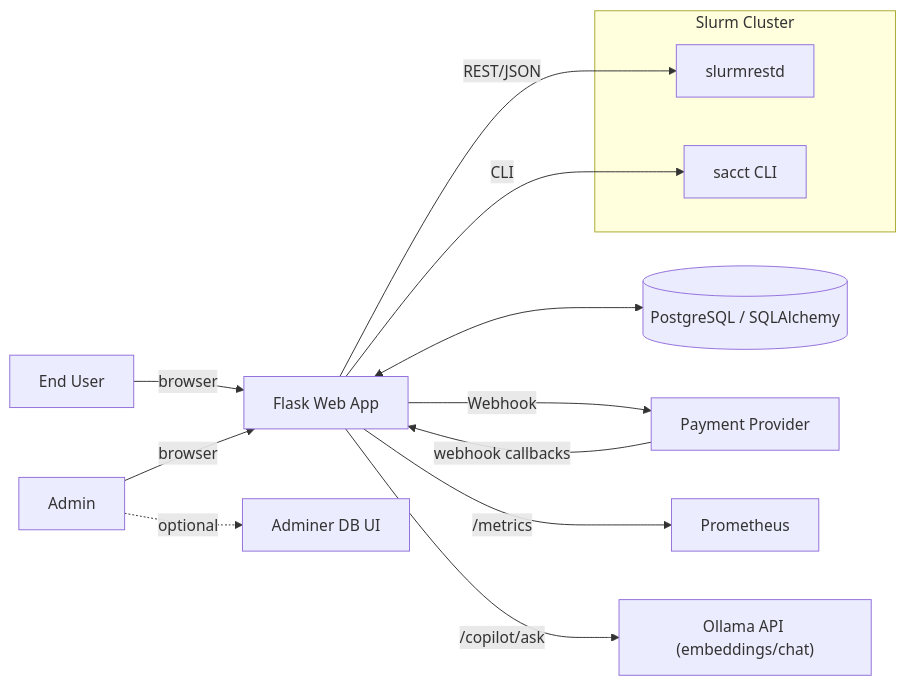
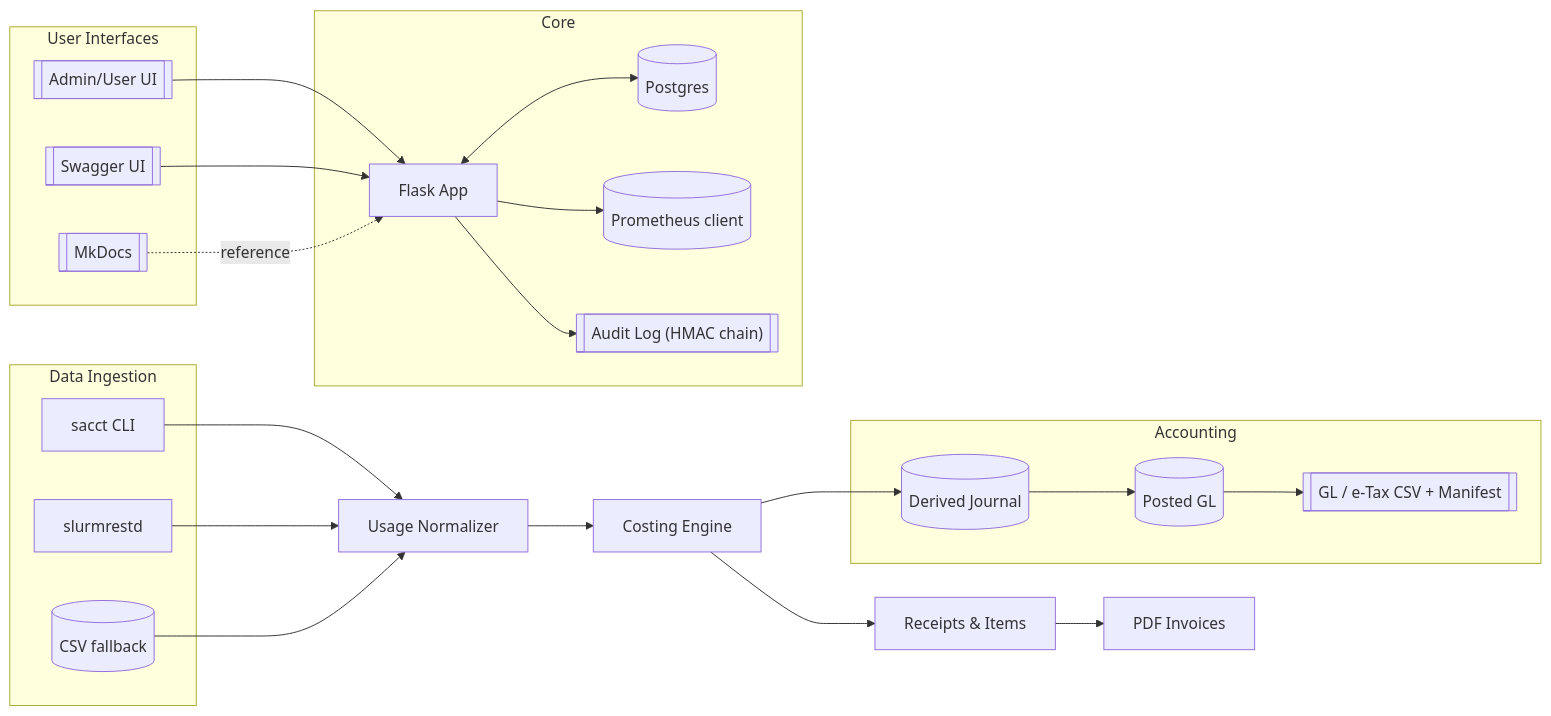
One commit to Purinat33/hpc_flask changed the first of 2 diagrams in docs/index.md. Above: the diagram before and after it, drawn with Mermaid. The commit also changed other lines of this file and 3 other files, not shown here.

````diff
--- a/docs/index.md
+++ b/docs/index.md
@@ -60,18 +66,47 @@
 ```mermaid
-graph LR
-  U[End User] -- browser --> W[Flask Web App]
-  A[Admin] -- browser --> W
-  subgraph Slurm Cluster
-    R[slurmrestd]
-    C[sacct CLI]
-  end
-  W -- REST/JSON --> R
-  W -- CLI --> C
-  W <--> DB[(PostgreSQL / SQLAlchemy)]
-  W -- Webhook --> Pay[Payment Provider]
-  Pay -- webhook callbacks --> W
-  W -- /metrics --> Prom[Prometheus]
-  A -. optional .-> Adm[Adminer DB UI]
-  W -- /copilot/ask --> Oll["Ollama API (embeddings/chat)"]
+flowchart LR
+    subgraph User Interfaces
+      Browser[[Admin/User UI]]
+      Swagger[[Swagger UI]]
+      Docs[[MkDocs]]
+    end
 
+    Browser --> App
+    Swagger --> App
+    Docs -. reference .-> App
+
+    subgraph Core
+      App[Flask App]
+      DB[(Postgres)]
+      Metrics[(Prometheus client)]
+      Audit[["Audit Log (HMAC chain)"]]
+    end
+
+    App <--> DB
+    App --> Metrics
+    App --> Audit
+
+    subgraph Data Ingestion
+      Sacct[sacct CLI]
+      REST[slurmrestd]
+      CSV[(CSV fallback)]
+    end
+
+    Sacct --> Ingest
+    REST --> Ingest
+    CSV  --> Ingest
+
+    Ingest[Usage Normalizer] --> Billing[Costing Engine]
+    Billing --> Receipts[Receipts & Items]
+    Receipts --> PDF[PDF Invoices]
+
+    subgraph Accounting
+      Journal[(Derived Journal)]
+      GL[(Posted GL)]
+      Export[[GL / e‑Tax CSV + Manifest]]
+    end
+
+    Billing --> Journal
+    Journal --> GL
+    GL --> Export
 ```
````
